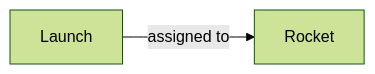
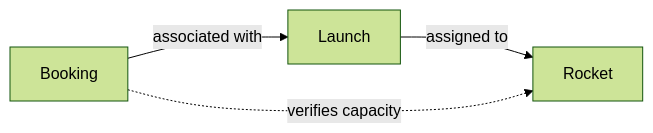
Before and after one commit to AlbertoBasaloAcademy/dipta-sdd-java: the second of 2 diagrams in .product/arch/back.arch.md, drawn with Mermaid (forest theme). The commit also changed other lines of this file and 5 other files, not shown here.

Commit message:
docs: architecture updates

````diff
--- a/.product/arch/back.arch.md
+++ b/.product/arch/back.arch.md
@@ -63,4 +68,6 @@
 ```mermaid
 graph LR
   Launch -->|assigned to| Rocket
+  Booking -->|associated with| Launch
+  Booking -.->|verifies capacity| Rocket
 ```
````
